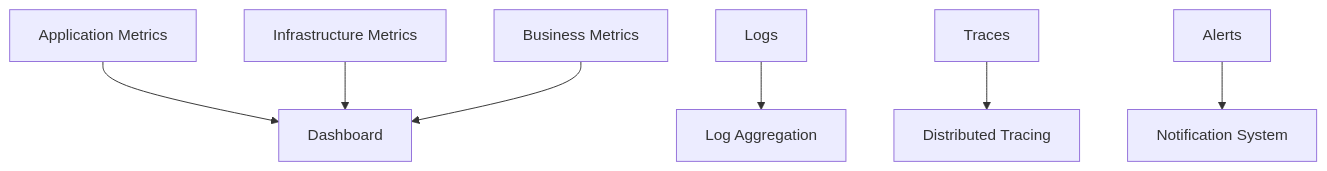
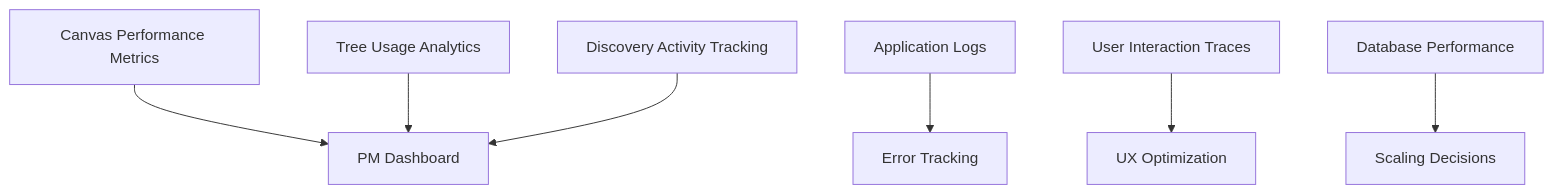
The ninth of 9 diagrams in docs/architecture/System_Architecture_Overview.md (catalinviciu/ProductCanvas), drawn with Mermaid before and after one commit. The commit also changed other lines of this file, not shown here.

First line of the commit message:
Assistant checkpoint: Updated architecture overview with Impact Tree specifics

````diff
--- a/docs/architecture/System_Architecture_Overview.md
+++ b/docs/architecture/System_Architecture_Overview.md
@@ -275,10 +346,10 @@
 ```mermaid
 graph TB
-    A[Application Metrics] --> D[Dashboard]
-    B[Infrastructure Metrics] --> D
-    C[Business Metrics] --> D
+    A[Canvas Performance Metrics] --> D[PM Dashboard]
+    B[Tree Usage Analytics] --> D
+    C[Discovery Activity Tracking] --> D
     
-    E[Logs] --> F[Log Aggregation]
-    G[Traces] --> H[Distributed Tracing]
-    I[Alerts] --> J[Notification System]
+    E[Application Logs] --> F[Error Tracking]
+    G[User Interaction Traces] --> H[UX Optimization]
+    I[Database Performance] --> J[Scaling Decisions]
 ```
````
